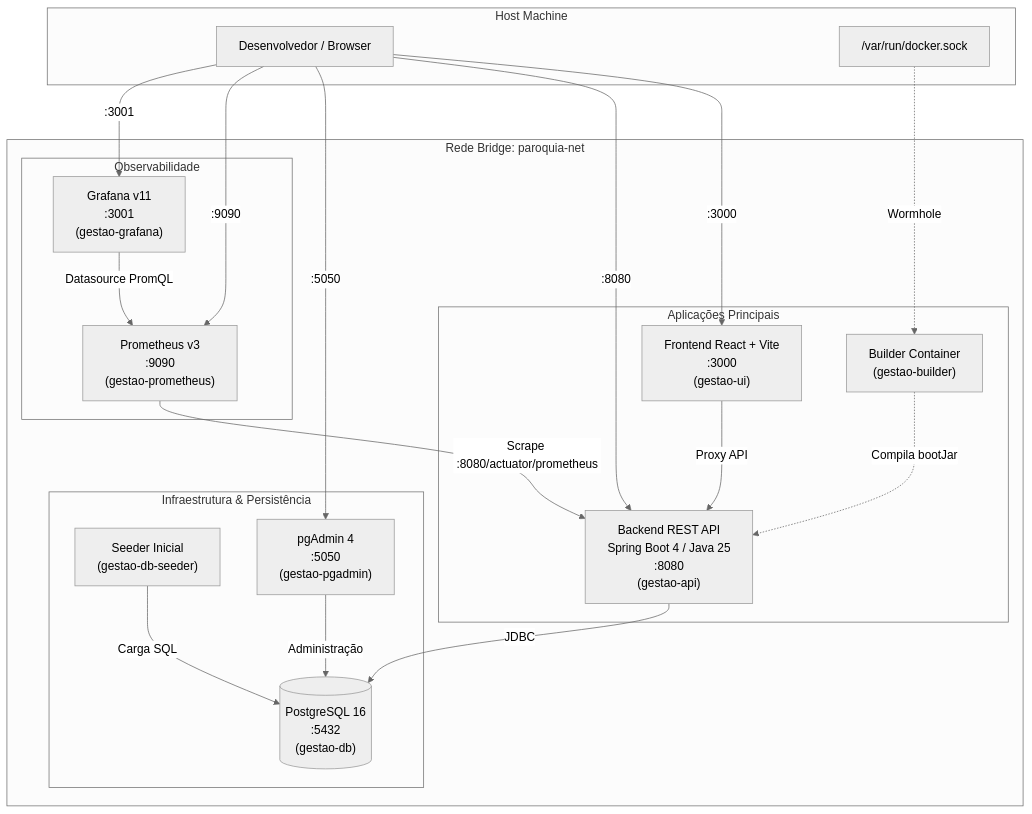
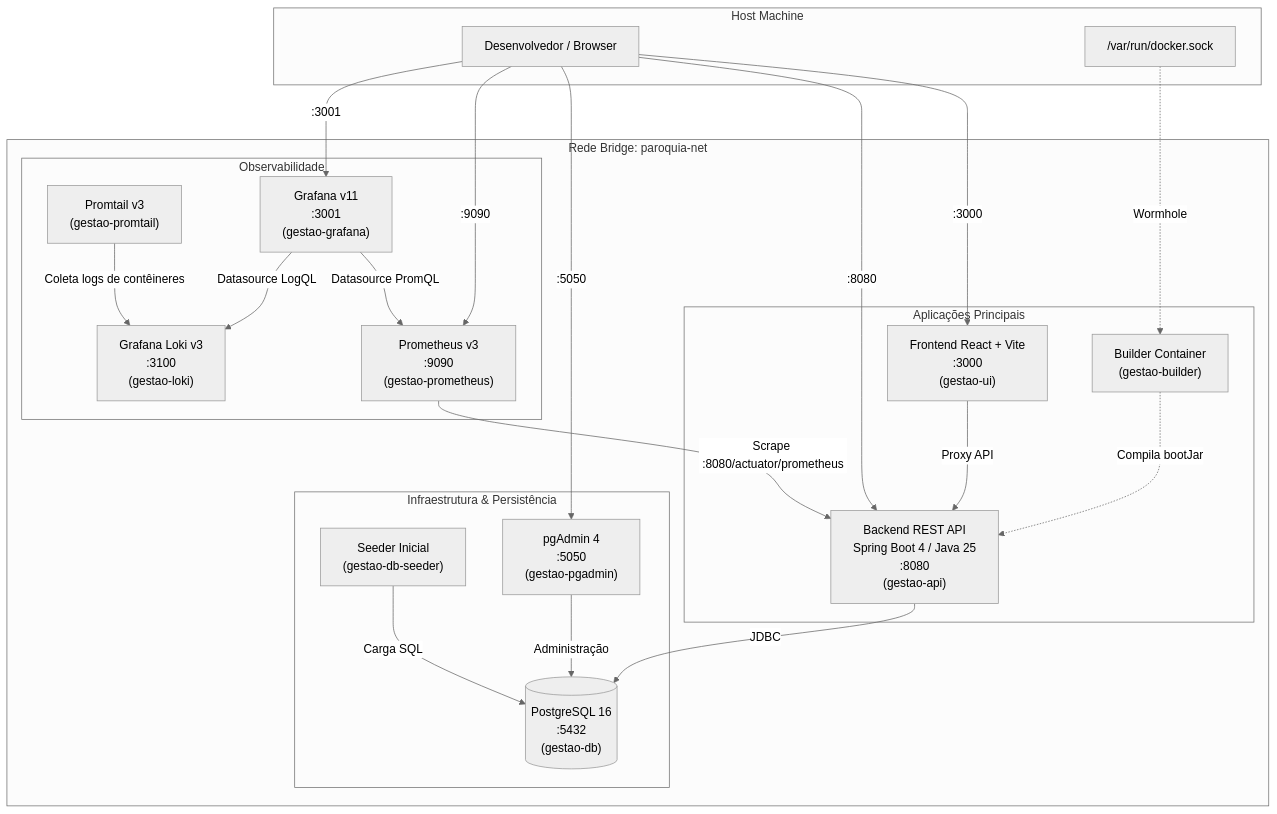
One commit to BrunoLV/paroquia changed the diagram in DOCKER.md. Above: the diagram before and after it, drawn with Mermaid (neutral theme). The commit also changed other lines of this file and 29 other files, not shown here.

````diff
--- a/DOCKER.md
+++ b/DOCKER.md
@@ -11,43 +11,47 @@
 ```mermaid
 flowchart TD
     subgraph Host["Host Machine"]
         User["Desenvolvedor / Browser"]
         DockerSock["/var/run/docker.sock"]
     end
 
     subgraph ParoquiaNet["Rede Bridge: paroquia-net"]
         subgraph DevInfra["Infraestrutura & Persistência"]
             DB[("PostgreSQL 16\n:5432\n(gestao-db)")]
             DBSeeder["Seeder Inicial\n(gestao-db-seeder)"]
             PGAdmin["pgAdmin 4\n:5050\n(gestao-pgadmin)"]
         end
 
         subgraph CoreApp["Aplicações Principais"]
             Builder["Builder Container\n(gestao-builder)"]
             API["Backend REST API\nSpring Boot 4 / Java 25\n:8080\n(gestao-api)"]
             UI["Frontend React + Vite\n:3000\n(gestao-ui)"]
         end
 
         subgraph Observability["Observabilidade"]
             Prometheus["Prometheus v3\n:9090\n(gestao-prometheus)"]
+            Loki["Grafana Loki v3\n:3100\n(gestao-loki)"]
+            Promtail["Promtail v3\n(gestao-promtail)"]
             Grafana["Grafana v11\n:3001\n(gestao-grafana)"]
         end
     end
 
     User -->|":3000"| UI
     User -->|":8080"| API
     User -->|":5050"| PGAdmin
     User -->|":9090"| Prometheus
     User -->|":3001"| Grafana
 
     UI -->|"Proxy API"| API
     API -->|"JDBC"| DB
     DBSeeder -->|"Carga SQL"| DB
     PGAdmin -->|"Administração"| DB
 
     Builder -.->|"Compila bootJar"| API
     DockerSock -.->|"Wormhole"| Builder
 
     Prometheus -->|"Scrape :8080/actuator/prometheus"| API
+    Promtail -->|"Coleta logs de contêineres"| Loki
     Grafana -->|"Datasource PromQL"| Prometheus
+    Grafana -->|"Datasource LogQL"| Loki
 ```
````
